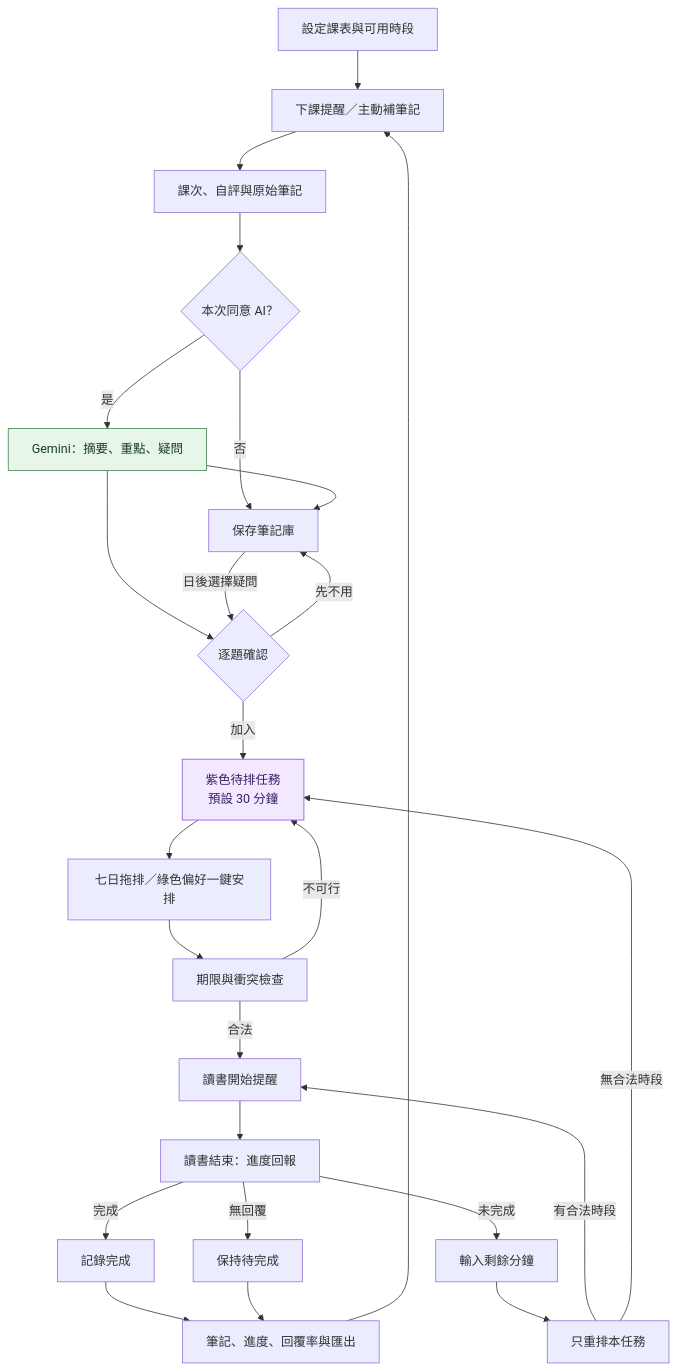
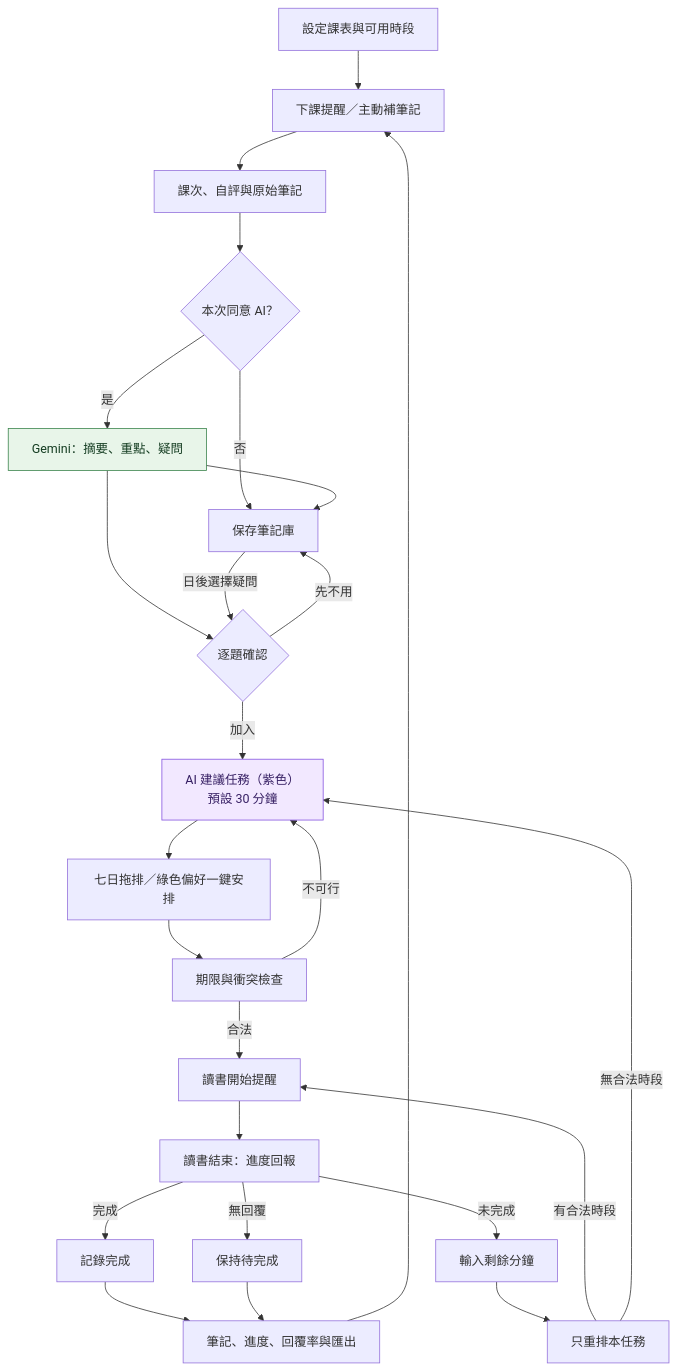
Before and after one commit to joeuser-max/python-14-studybot: the first of 6 diagrams in docs/user-guide.md, drawn with Mermaid. The commit also changed other lines of this file, not shown here.

````diff
--- a/docs/user-guide.md
+++ b/docs/user-guide.md
@@ -9,31 +9,31 @@
 ```mermaid
 flowchart TD
     A["設定課表與可用時段"] --> B["下課提醒／主動補筆記"]
     B --> C["課次、自評與原始筆記"]
     C --> D{"本次同意 AI？"}
     D -->|否| E["保存筆記庫"]
     D -->|是| F["Gemini：摘要、重點、疑問"]
     F --> E
     F --> G{"逐題確認"}
-    G -->|加入| H["紫色待排任務<br/>預設 30 分鐘"]
+    G -->|加入| H["AI 建議任務（紫色）<br/>預設 30 分鐘"]
     G -->|先不用| E
     E -->|日後選擇疑問| G
     H --> I["七日拖排／綠色偏好一鍵安排"]
     I --> J["期限與衝突檢查"]
     J -->|不可行| H
     J -->|合法| K["讀書開始提醒"]
     K --> L["讀書結束：進度回報"]
     L -->|完成| M["記錄完成"]
     L -->|未完成| N["輸入剩餘分鐘"]
     N --> O["只重排本任務"]
     O -->|有合法時段| K
     O -->|無合法時段| H
     L -->|無回覆| P["保持待完成"]
     M --> Q["筆記、進度、回覆率與匯出"]
     P --> Q
     Q --> B
     classDef ai fill:#e8f5e9,stroke:#39834b,color:#153d22
     classDef task fill:#f2e8ff,stroke:#8250df,color:#372064
     class F ai
     class H task
 ```
````
